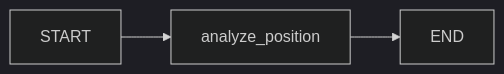
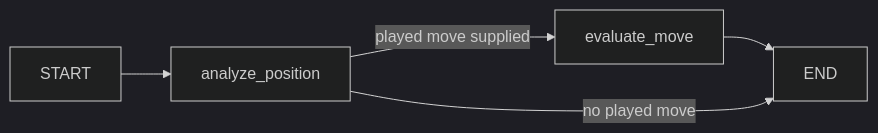
One commit to lckelly123/chess_ai_game_review changed the diagram in backend/coach/README.md. Above: the diagram before and after it, drawn with Mermaid (dark theme). The commit also changed other lines of this file and 30 other files, not shown here.

````diff
--- a/backend/coach/README.md
+++ b/backend/coach/README.md
@@ -5,4 +5,6 @@
 ```mermaid
 flowchart LR
-    START --> analyze_position --> END
+    START --> analyze_position
+    analyze_position -->|played move supplied| evaluate_move --> END
+    analyze_position -->|no played move| END
 ```
````
